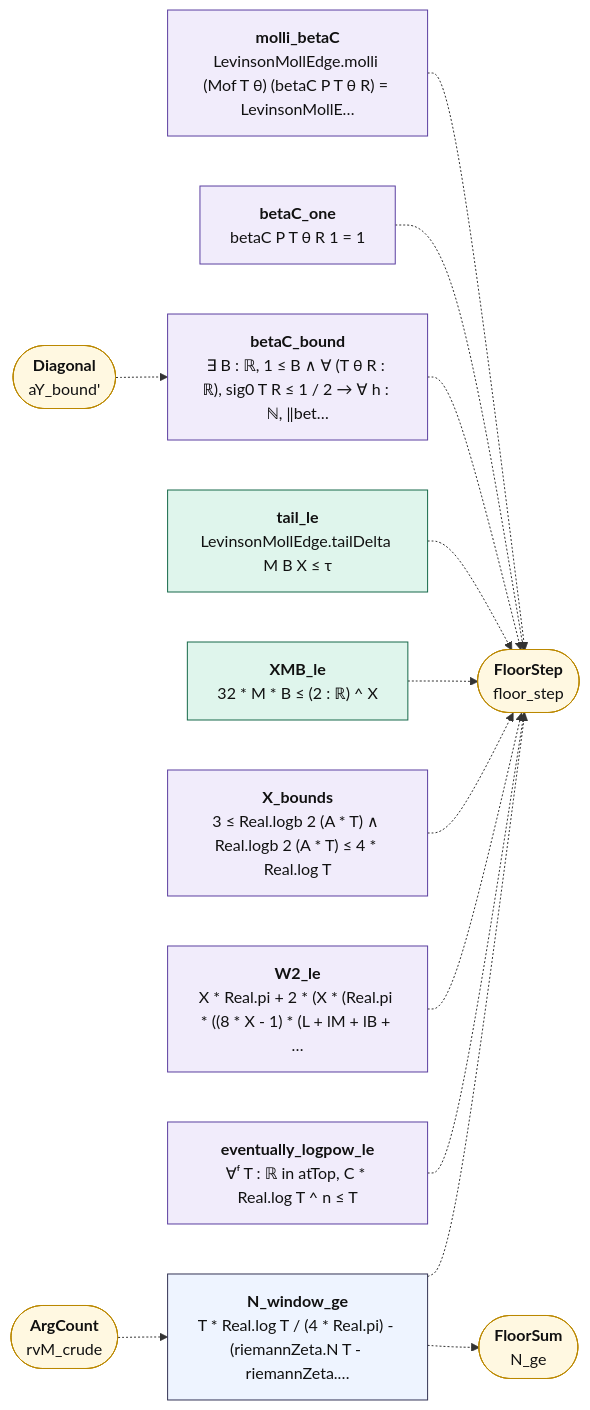
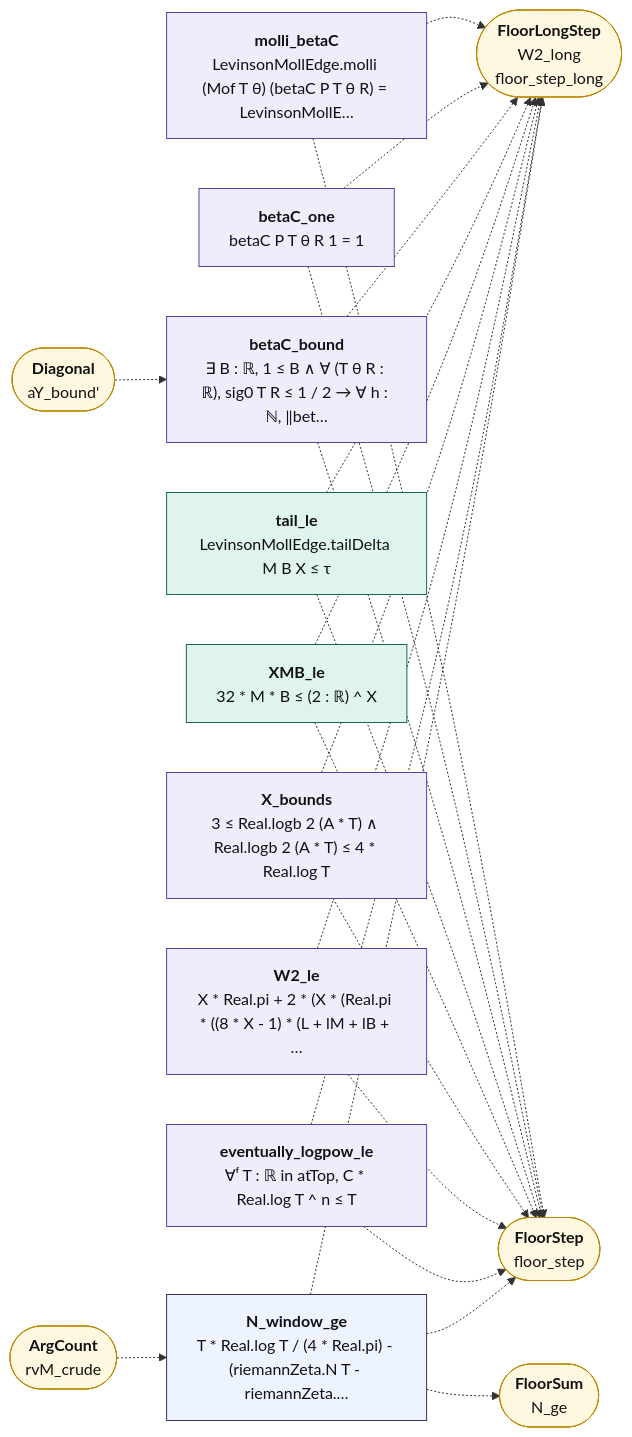
The diagram in map/lean_stage3/FloorStepSize.md (juliansambranojr/Primebeat_081426), drawn with Mermaid before and after one commit. The commit also changed other lines of this file and 64 other files, not shown here.

````diff
--- a/map/lean_stage3/FloorStepSize.md
+++ b/map/lean_stage3/FloorStepSize.md
@@ -14,36 +14,46 @@
 ```mermaid
 flowchart LR
   n0["<b>molli_betaC</b><br/>LevinsonMollEdge.molli (Mof T θ) (betaC P T θ R) = LevinsonMollE…"]:::shp
   n1["<b>betaC_one</b><br/>betaC P T θ R 1 = 1"]:::shp
   n2["<b>betaC_bound</b><br/>∃ B : ℝ, 1 ≤ B ∧ ∀ (T θ R : ℝ), sig0 T R ≤ 1 / 2 → ∀ h : ℕ, ‖bet…"]:::shp
   n3["<b>tail_le</b><br/>LevinsonMollEdge.tailDelta M B X ≤ τ"]:::cnt
   n4["<b>XMB_le</b><br/>32 * M * B ≤ (2 : ℝ) ^ X"]:::cnt
   n5["<b>X_bounds</b><br/>3 ≤ Real.logb 2 (A * T) ∧ Real.logb 2 (A * T) ≤ 4 * Real.log T"]:::shp
   n6["<b>W2_le</b><br/>X * Real.pi + 2 * (X * (Real.pi * ((8 * X - 1) * (L + lM + lB + …"]:::shp
   n7["<b>eventually_logpow_le</b><br/>∀ᶠ T : ℝ in atTop, C * Real.log T ^ n ≤ T"]:::shp
   n8["<b>N_window_ge</b><br/>T * Real.log T / (4 * Real.pi) - (riemannZeta.N T - riemannZeta.…"]:::thm
-  x0(["<b>FloorStep</b><br/>floor_step"]):::ext
-  x1(["<b>Diagonal</b><br/>aY_bound'"]):::ext
-  x2(["<b>ArgCount</b><br/>rvM_crude"]):::ext
-  x3(["<b>FloorSum</b><br/>N_ge"]):::ext
+  x0(["<b>FloorLongStep</b><br/>W2_long<br/>floor_step_long"]):::ext
+  x1(["<b>FloorStep</b><br/>floor_step"]):::ext
+  x2(["<b>Diagonal</b><br/>aY_bound'"]):::ext
+  x3(["<b>ArgCount</b><br/>rvM_crude"]):::ext
+  x4(["<b>FloorSum</b><br/>N_ge"]):::ext
   n0 -.-> x0
+  n0 -.-> x1
   n1 -.-> x0
+  n1 -.-> x1
   n2 -.-> x0
+  n2 -.-> x1
   n3 -.-> x0
+  n3 -.-> x1
   n4 -.-> x0
+  n4 -.-> x1
   n5 -.-> x0
+  n5 -.-> x1
   n6 -.-> x0
+  n6 -.-> x1
   n7 -.-> x0
+  n7 -.-> x1
   n8 -.-> x0
-  n8 -.-> x3
-  x1 -.-> n2
-  x2 -.-> n8
+  n8 -.-> x1
+  n8 -.-> x4
+  x2 -.-> n2
+  x3 -.-> n8
   classDef cnt fill:#dff5ec,stroke:#17694a,color:#111
   classDef shp fill:#f1ecfb,stroke:#5b3fa0,color:#111
   classDef rh fill:#ffe5e5,stroke:#c22,color:#111,stroke-width:2px
   classDef thm fill:#eef4ff,stroke:#335,color:#111
   classDef end_ fill:#e7f7e7,stroke:#2a7,color:#111,stroke-width:2px
   classDef lone fill:#fff,stroke:#999,color:#111,stroke-dasharray:4 3
   classDef bad fill:#ffe5e5,stroke:#c22,color:#111,stroke-width:2px
   classDef ext fill:#fff8e1,stroke:#b80,color:#111
 ```
````
